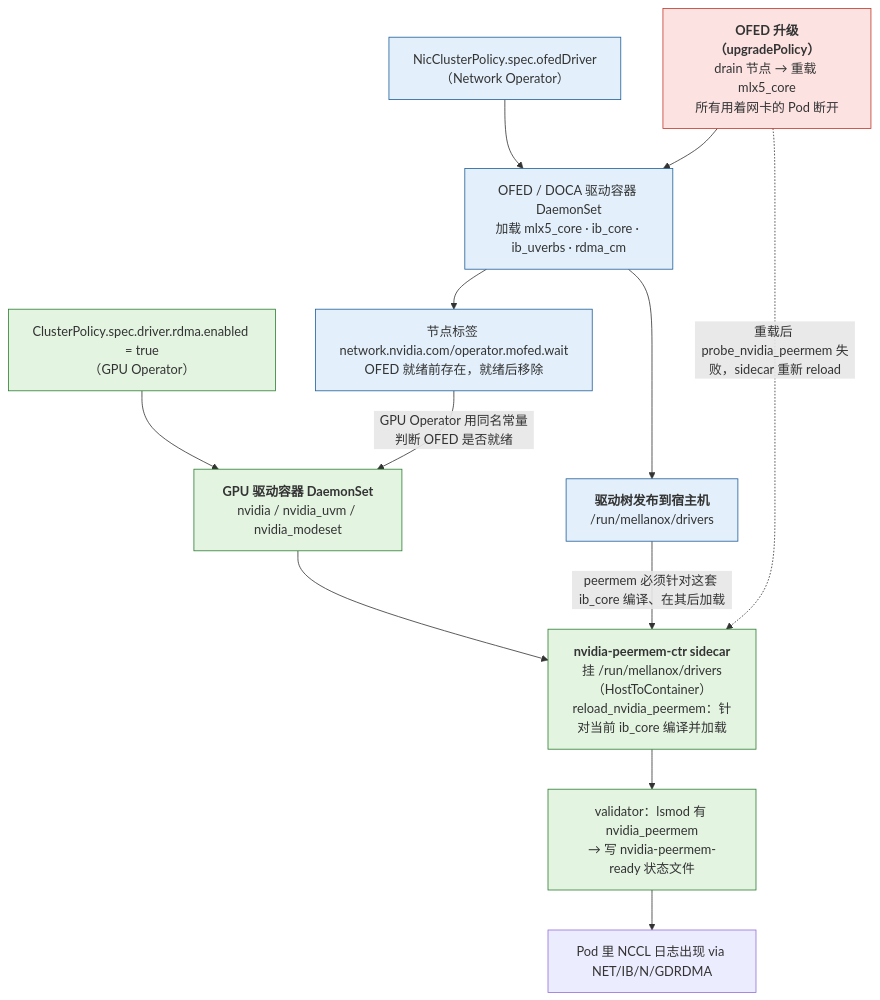
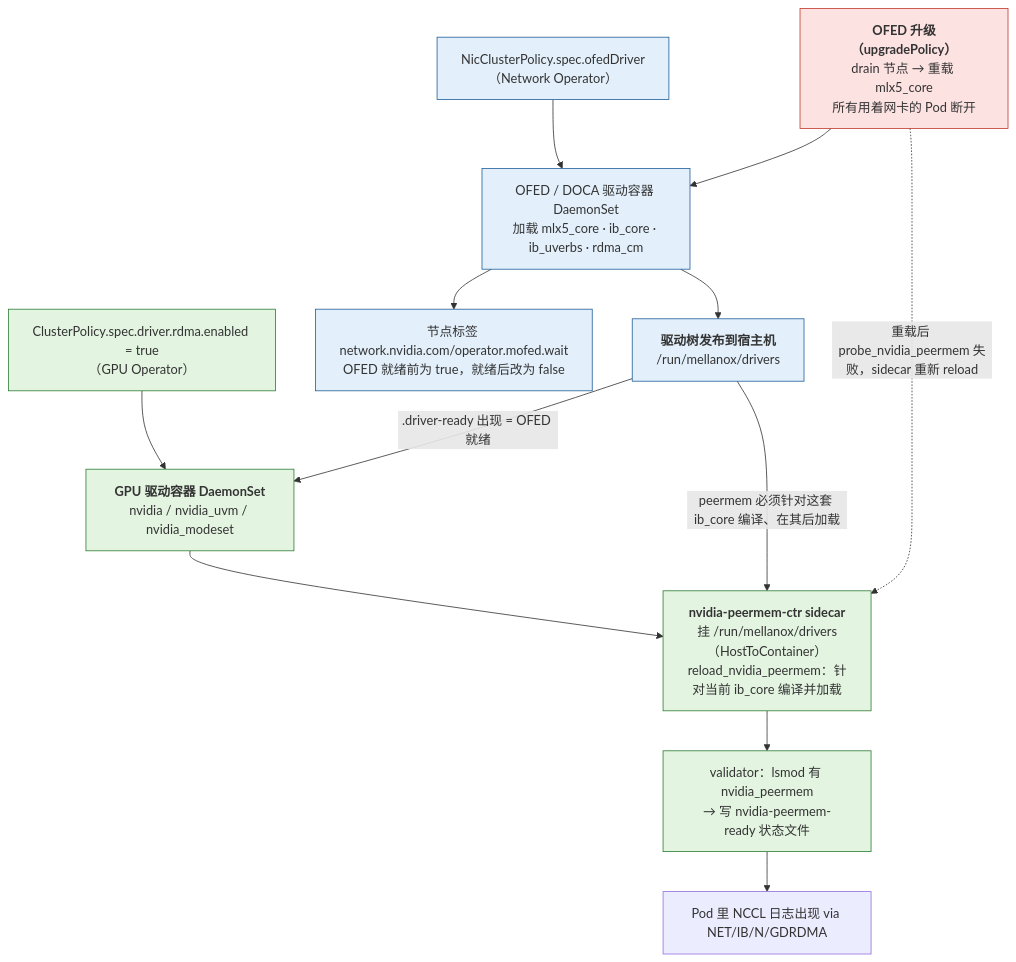
One commit to arganzheng/arganzheng.github.com changed the second of 4 diagrams in _posts/2026-09-19-rdma-networking-storage-and-checkpoint-io.md. Above: the diagram before and after it, drawn with Mermaid. The commit also changed other lines of this file, not shown here.

````diff
--- a/_posts/2026-09-19-rdma-networking-storage-and-checkpoint-io.md
+++ b/_posts/2026-09-19-rdma-networking-storage-and-checkpoint-io.md
@@ -409,30 +409,30 @@
 ```mermaid
-%% 图：两个 Operator 的顺序：Network Operator 的 OFED 驱动先就位并移除 wait 标签，GPU Operator 的驱动容器再启动并加载 nvidia_peermem
+%% 图：两个 Operator 的顺序：Network Operator 的 OFED 驱动先就位并写出 .driver-ready，GPU Operator 的驱动容器再启动并加载 nvidia_peermem
 flowchart TB
     NCP["NicClusterPolicy.spec.ofedDriver<br/>（Network Operator）"]
     OFED["OFED / DOCA 驱动容器 DaemonSet<br/>加载 mlx5_core · ib_core · ib_uverbs · rdma_cm"]
     Publish["<b>驱动树发布到宿主机</b><br/>/run/mellanox/drivers"]
-    WaitLabel["节点标签 network.nvidia.com/operator.mofed.wait<br/>OFED 就绪前存在，就绪后移除"]
+    WaitLabel["节点标签 network.nvidia.com/operator.mofed.wait<br/>OFED 就绪前为 true，就绪后改为 false"]
     CP["ClusterPolicy.spec.driver.rdma.enabled = true<br/>（GPU Operator）"]
     GPUDrv["<b>GPU 驱动容器 DaemonSet</b><br/>nvidia / nvidia_uvm / nvidia_modeset"]
     Peermem["<b>nvidia-peermem-ctr sidecar</b><br/>挂 /run/mellanox/drivers（HostToContainer）<br/>reload_nvidia_peermem：针对当前 ib_core 编译并加载"]
     Validator["validator：lsmod 有 nvidia_peermem<br/>→ 写 nvidia-peermem-ready 状态文件"]
     Ready["Pod 里 NCCL 日志出现 via NET/IB/N/GDRDMA"]
     Upgrade["<b>OFED 升级（upgradePolicy）</b><br/>drain 节点 → 重载 mlx5_core<br/>所有用着网卡的 Pod 断开"]
 
     NCP --> OFED --> Publish
     OFED --> WaitLabel
     CP --> GPUDrv --> Peermem
-    WaitLabel -- "GPU Operator 用同名常量判断 OFED 是否就绪" --> GPUDrv
+    Publish -- ".driver-ready 出现 = OFED 就绪" --> GPUDrv
     Publish -- "peermem 必须针对这套 ib_core 编译、在其后加载" --> Peermem
     Peermem --> Validator --> Ready
     Upgrade --> OFED
     Upgrade -. "重载后 probe_nvidia_peermem 失败，sidecar 重新 reload" .-> Peermem
 
     classDef netop fill:#e3f0fb,stroke:#1f5f99;
     classDef gpuop fill:#e3f4e1,stroke:#2e7d32;
     classDef warn fill:#fde2e2,stroke:#c0392b;
     class NCP,OFED,Publish,WaitLabel netop;
     class CP,GPUDrv,Peermem,Validator gpuop;
     class Upgrade warn;
 ```
````
